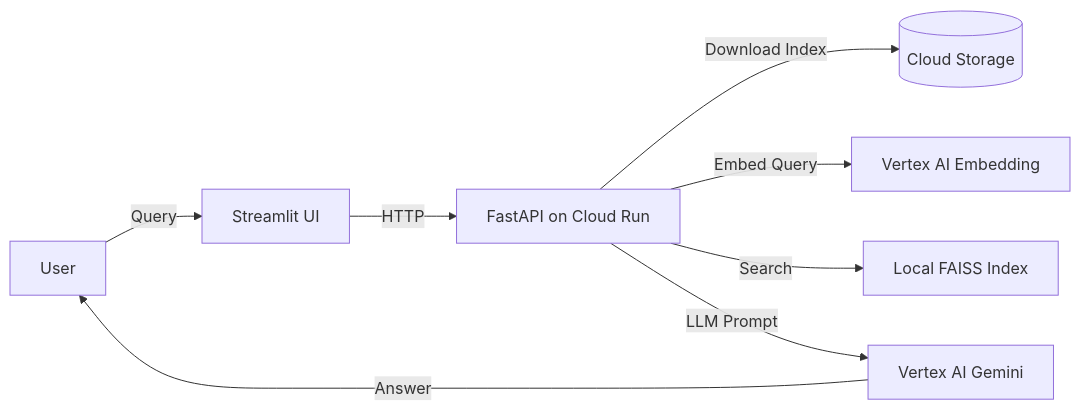
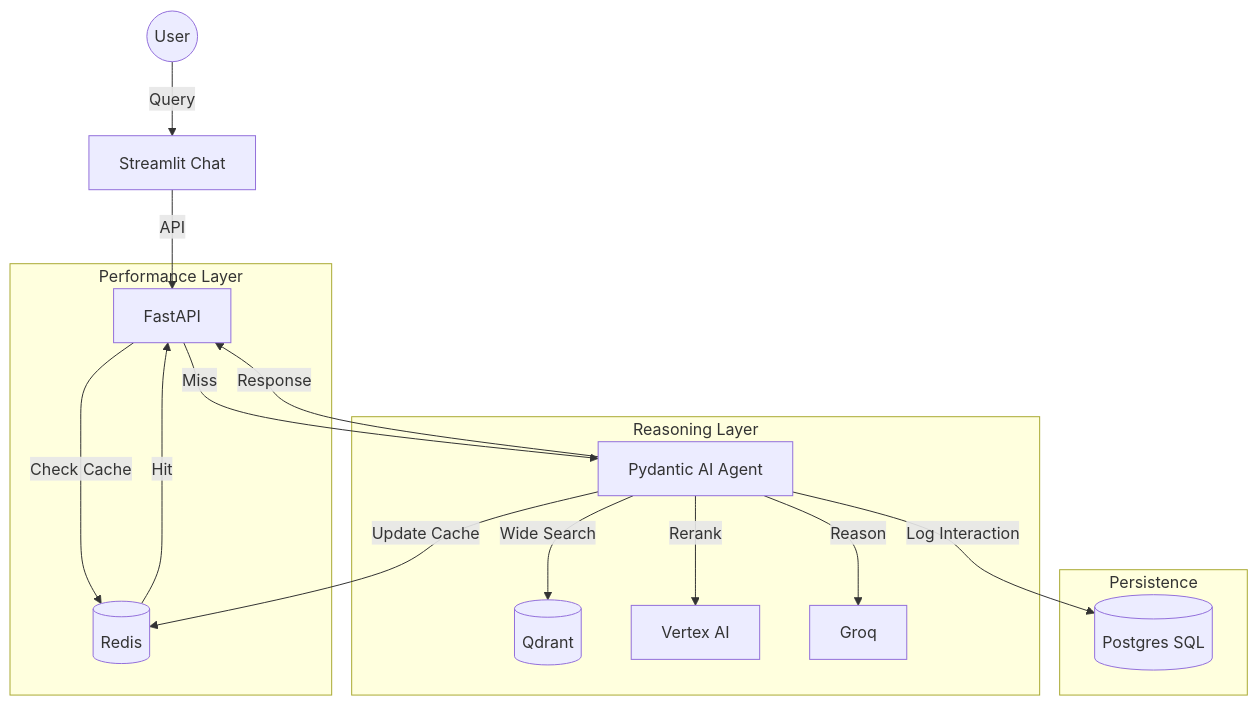
The diagram in DOCS/01_current_state.md (d-hackmt/rag-scale-test), drawn with Mermaid before and after one commit. The commit also changed other lines of this file and 6 other files, not shown here.

Commit message:
feat: add native streamlit chat UI and technical documentation

````diff
--- a/DOCS/01_current_state.md
+++ b/DOCS/01_current_state.md
@@ -20,10 +18,24 @@
 ```mermaid
-graph LR
-    User -->|Query| Streamlit[Streamlit UI]
-    Streamlit -->|HTTP| API[FastAPI on Cloud Run]
-    API -->|Download Index| GCS[(Cloud Storage)]
-    API -->|Embed Query| VertexAI[Vertex AI Embedding]
-    API -->|Search| FAISS[Local FAISS Index]
-    API -->|LLM Prompt| VertexGemini[Vertex AI Gemini]
-    VertexGemini -->|Answer| User
+graph TD
+    User((User)) -->|Query| UI[Streamlit Chat]
+    UI -->|API| Fast[FastAPI]
+    
+    subgraph "Performance Layer"
+        Fast -->|Check Cache| Redis[(Redis)]
+        Redis -->|Hit| Fast
+    end
+    
+    subgraph "Reasoning Layer"
+        Fast -->|Miss| Agent[Pydantic AI Agent]
+        Agent -->|Wide Search| Qdrant[(Qdrant)]
+        Agent -->|Rerank| Vertex[Vertex AI]
+        Agent -->|Reason| Groq[Groq]
+    end
+    
+    subgraph "Persistence"
+        Agent -->|Log Interaction| Postgres[(Postgres SQL)]
+        Agent -->|Update Cache| Redis
+    end
+    
+    Agent -->|Response| Fast
 ```
````
